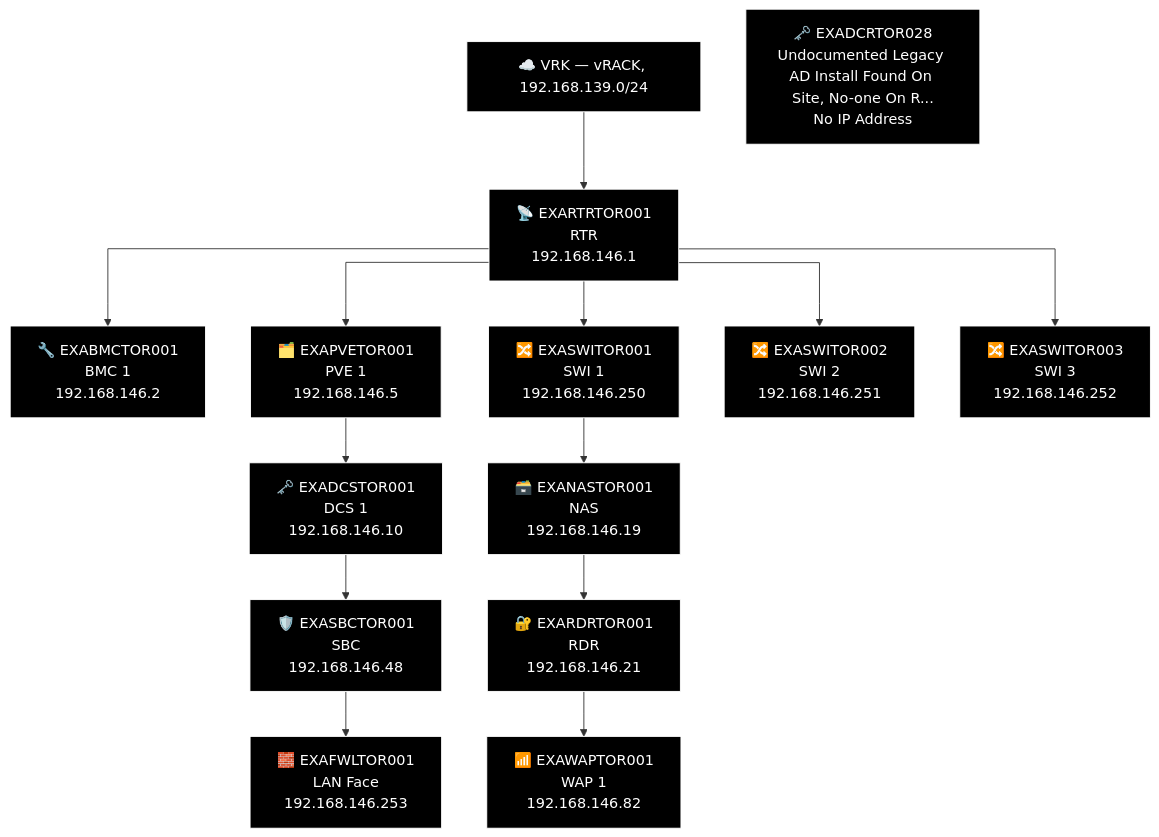
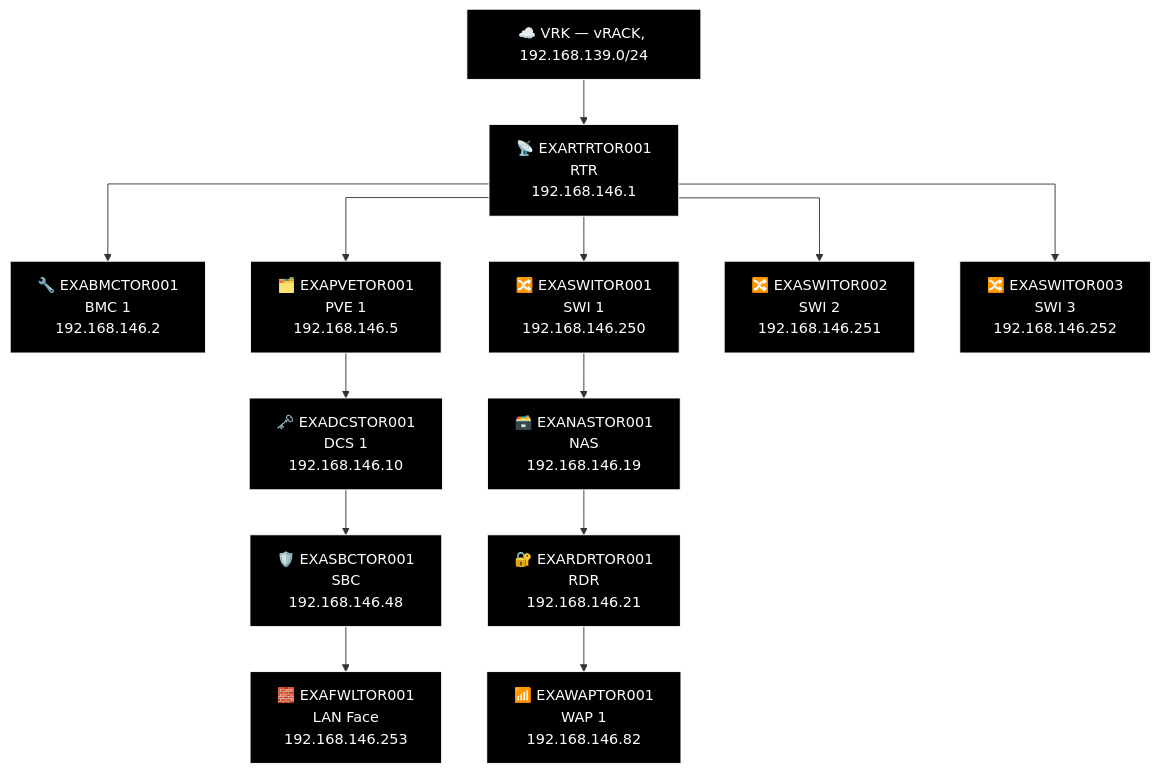
The fourth of 6 diagrams in docs/network-diagram/canada.md (knightmare2600/example_music_infra), drawn with Mermaid before and after one commit. The commit also changed 2 other files, not shown here.

````diff
--- a/docs/network-diagram/canada.md
+++ b/docs/network-diagram/canada.md
@@ -147,42 +147,40 @@
 ```mermaid
 %% GENERATED:TOPOLOGY:TOR:START
 %%{init: {'flowchart': {'curve': 'stepAfter'}}}%%
 graph TD
     T_VRK["☁️ VRK — vRACK, 192.168.139.0/24"]
     T_RTR["📡 EXARTRTOR001<br/>RTR<br/>192.168.146.1"]
     T_VRK --> T_RTR
     T_BMC["🔧 EXABMCTOR001<br/>BMC 1<br/>192.168.146.2"]
     T_RTR --> T_BMC
     T_PVE["🗂️ EXAPVETOR001<br/>PVE 1<br/>192.168.146.5"]
     T_RTR --> T_PVE
     T_SWI["🔀 EXASWITOR001<br/>SWI 1<br/>192.168.146.250"]
     T_RTR --> T_SWI
     T_SWI2["🔀 EXASWITOR002<br/>SWI 2<br/>192.168.146.251"]
     T_RTR --> T_SWI2
     T_SWI3["🔀 EXASWITOR003<br/>SWI 3<br/>192.168.146.252"]
     T_RTR --> T_SWI3
     T_NAS["🗃️ EXANASTOR001<br/>NAS<br/>192.168.146.19"]
     T_RDR["🔐 EXARDRTOR001<br/>RDR<br/>192.168.146.21"]
     T_WAP["📶 EXAWAPTOR001<br/>WAP 1<br/>192.168.146.82"]
     T_SWI --> T_NAS --> T_RDR --> T_WAP
     T_DCS["🗝️ EXADCSTOR001<br/>DCS 1<br/>192.168.146.10"]
     T_SBC["🛡️ EXASBCTOR001<br/>SBC<br/>192.168.146.48"]
     T_FWL["🧱 EXAFWLTOR001<br/>LAN Face<br/>192.168.146.253"]
     T_PVE --> T_DCS --> T_SBC --> T_FWL
-    T_DCR["🗝️ EXADCRTOR028<br/>Undocumented Legacy AD Install Found On Site, No-one On R...<br/>No IP Address"]
     style T_VRK fill:#000000,stroke:#FFFFFF,color:#FFFFFF
     style T_RTR fill:#000000,stroke:#FFFFFF,color:#FFFFFF
     style T_BMC fill:#000000,stroke:#FFFFFF,color:#FFFFFF
     style T_PVE fill:#000000,stroke:#FFFFFF,color:#FFFFFF
     style T_SWI fill:#000000,stroke:#FFFFFF,color:#FFFFFF
     style T_SWI2 fill:#000000,stroke:#FFFFFF,color:#FFFFFF
     style T_SWI3 fill:#000000,stroke:#FFFFFF,color:#FFFFFF
     style T_NAS fill:#000000,stroke:#FFFFFF,color:#FFFFFF
     style T_RDR fill:#000000,stroke:#FFFFFF,color:#FFFFFF
     style T_WAP fill:#000000,stroke:#FFFFFF,color:#FFFFFF
     style T_DCS fill:#000000,stroke:#FFFFFF,color:#FFFFFF
     style T_SBC fill:#000000,stroke:#FFFFFF,color:#FFFFFF
     style T_FWL fill:#000000,stroke:#FFFFFF,color:#FFFFFF
-    style T_DCR fill:#000000,stroke:#FFFFFF,color:#FFFFFF
 %% GENERATED:TOPOLOGY:TOR:END
 ```
````
